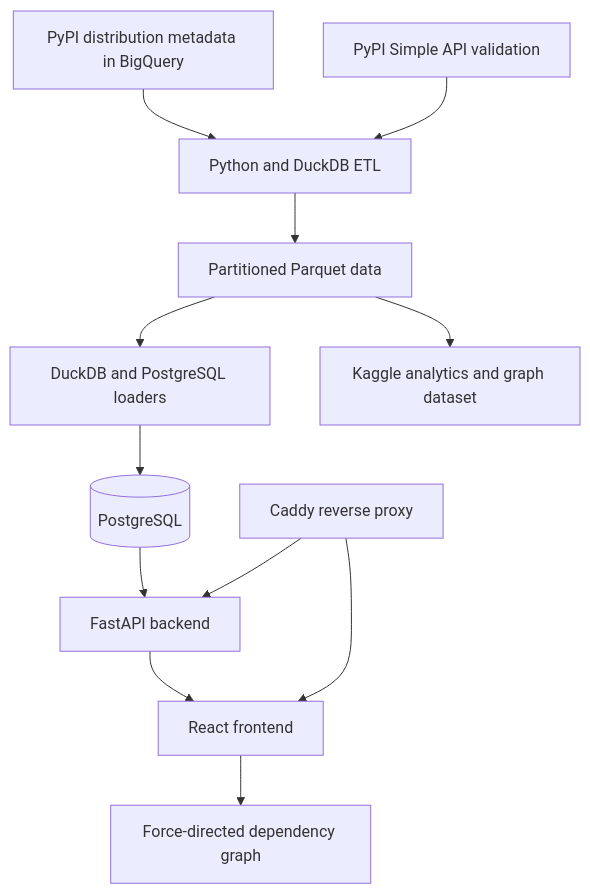
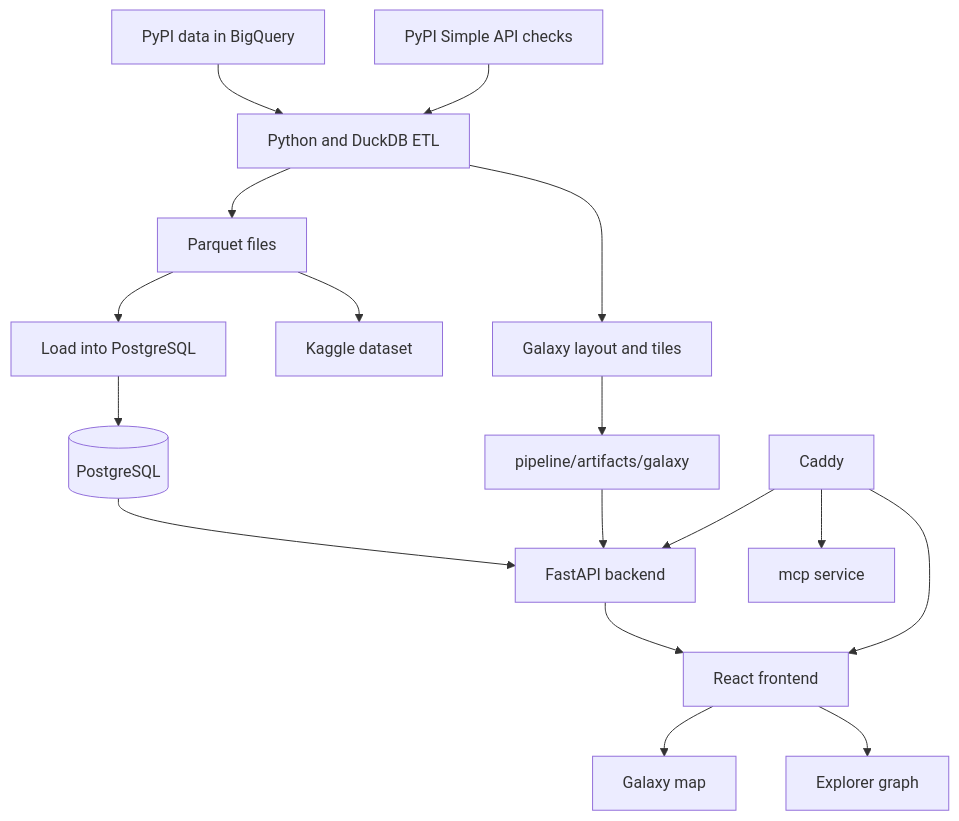
One commit to NaelAqel/PyPIMap changed the diagram in docs/project-map.md. Above: the diagram before and after it, drawn with Mermaid. The commit also changed other lines of this file and 1 other file, not shown here.

Commit message:
Slim docs and README for Galaxy after Release 3

````diff
--- a/docs/project-map.md
+++ b/docs/project-map.md
@@ -26,16 +35,21 @@
 ```mermaid
 flowchart TB
-    BQ[PyPI distribution metadata in BigQuery] --> ETL[Python and DuckDB ETL]
-    PYPI[PyPI Simple API validation] --> ETL
-    ETL --> PQ[Partitioned Parquet data]
-    PQ --> LOAD[DuckDB and PostgreSQL loaders]
-    PQ --> KAGGLE[Kaggle analytics and graph dataset]
+    BQ[PyPI data in BigQuery] --> ETL[Python and DuckDB ETL]
+    PYPI[PyPI Simple API checks] --> ETL
+    ETL --> PQ[Parquet files]
+    PQ --> LOAD[Load into PostgreSQL]
+    PQ --> KAGGLE[Kaggle dataset]
     LOAD --> DB[(PostgreSQL)]
+    ETL --> GALAXY[Galaxy layout and tiles]
+    GALAXY --> ART[pipeline/artifacts/galaxy]
 
     DB --> API[FastAPI backend]
+    ART --> API
     API --> FE[React frontend]
-    FE --> GRAPH[Force-directed dependency graph]
+    FE --> MAP[Galaxy map]
+    FE --> GRAPH[Explorer graph]
 
-    CADDY[Caddy reverse proxy] --> API
+    CADDY[Caddy] --> API
     CADDY --> FE
+    CADDY --> MCP[mcp service]
 ```
````
